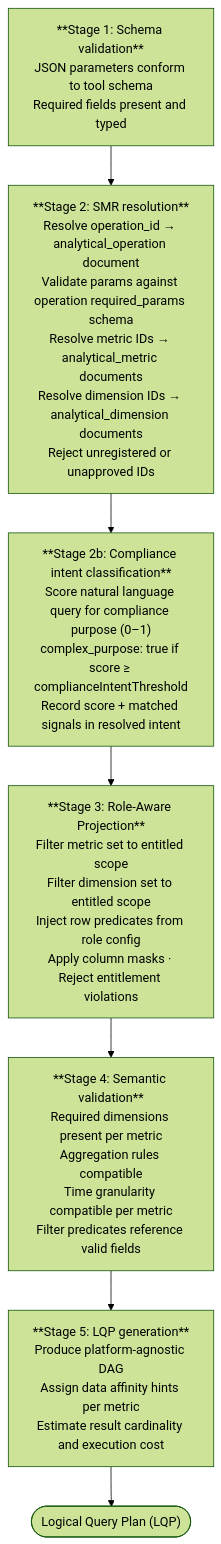
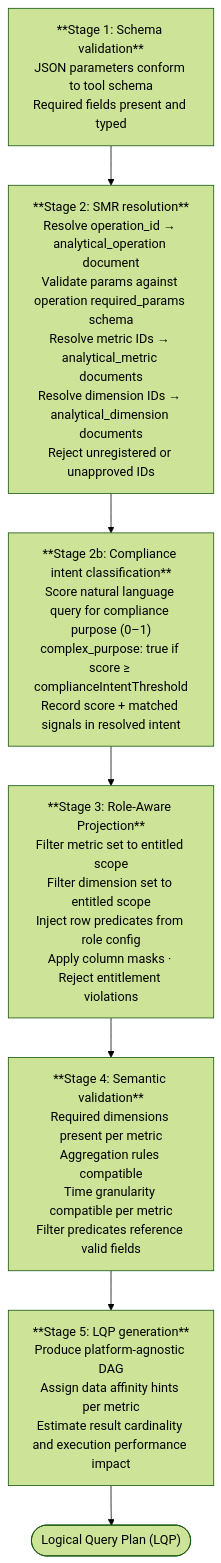
Before and after one commit to M-A-Operating-System/shared-work: the third of 6 diagrams in docs/product/analytics/02-core-capabilities.md, drawn with Mermaid (forest theme). The commit also changed other lines of this file, not shown here.

````diff
--- a/docs/product/analytics/02-core-capabilities.md
+++ b/docs/product/analytics/02-core-capabilities.md
@@ -383,12 +383,12 @@
 ```mermaid
 flowchart TD
     S1["**Stage 1: Schema validation**\nJSON parameters conform to tool schema\nRequired fields present and typed"]
     S2["**Stage 2: SMR resolution**\nResolve operation_id → analytical_operation document\nValidate params against operation required_params schema\nResolve metric IDs → analytical_metric documents\nResolve dimension IDs → analytical_dimension documents\nReject unregistered or unapproved IDs"]
     S2b["**Stage 2b: Compliance intent classification**\nScore natural language query for compliance purpose (0–1)\ncomplex_purpose: true if score ≥ complianceIntentThreshold\nRecord score + matched signals in resolved intent"]
     S3["**Stage 3: Role-Aware Projection**\nFilter metric set to entitled scope\nFilter dimension set to entitled scope\nInject row predicates from role config\nApply column masks · Reject entitlement violations"]
     S4["**Stage 4: Semantic validation**\nRequired dimensions present per metric\nAggregation rules compatible\nTime granularity compatible per metric\nFilter predicates reference valid fields"]
-    S5["**Stage 5: LQP generation**\nProduce platform-agnostic DAG\nAssign data affinity hints per metric\nEstimate result cardinality and execution cost"]
+    S5["**Stage 5: LQP generation**\nProduce platform-agnostic DAG\nAssign data affinity hints per metric\nEstimate result cardinality and execution performance impact"]
     LQP(["Logical Query Plan (LQP)"])
 
     S1 --> S2 --> S2b --> S3 --> S4 --> S5 --> LQP
 ```
````
